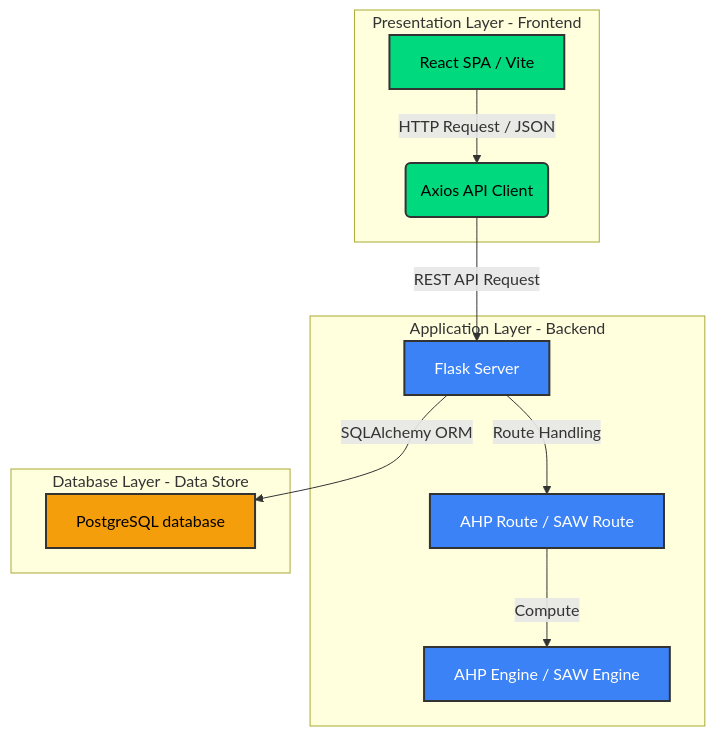
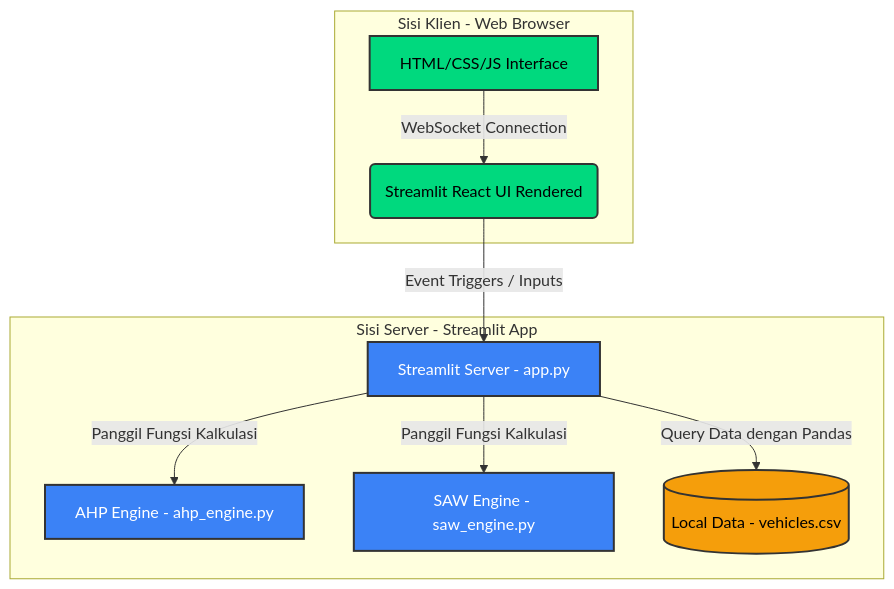
The first of 2 diagrams in BAB_3_Arsitektur_Sistem.md (Bagaspermana0/SPK_EV), drawn with Mermaid before and after one commit. The commit also changed other lines of this file, not shown here.

Commit message:
Update Bab III system implementation documentation to match Streamlit, Plotly, and CSV tech stack

````diff
--- a/BAB_3_Arsitektur_Sistem.md
+++ b/BAB_3_Arsitektur_Sistem.md
@@ -11,23 +11,20 @@
 ```mermaid
 graph TD
-    subgraph Presentation Layer [Presentation Layer - Frontend]
-        A[React SPA / Vite] -->|HTTP Request / JSON| B(Axios API Client)
+    subgraph Client [Sisi Klien - Web Browser]
+        A[HTML/CSS/JS Interface] -->|WebSocket Connection| B(Streamlit React UI Rendered)
     end
 
-    subgraph Application Layer [Application Layer - Backend]
-        B -->|REST API Request| C[Flask Server]
-        C -->|Route Handling| D[AHP Route / SAW Route]
-        D -->|Compute| E[AHP Engine / SAW Engine]
+    subgraph Server [Sisi Server - Streamlit App]
+        B -->|Event Triggers / Inputs| C[Streamlit Server - app.py]
+        C -->|Panggil Fungsi Kalkulasi| D[AHP Engine - ahp_engine.py]
+        C -->|Panggil Fungsi Kalkulasi| E[SAW Engine - saw_engine.py]
+        C -->|Query Data dengan Pandas| F[(Local Data - vehicles.csv)]
     end
 
-    subgraph Database Layer [Database Layer - Data Store]
-        C -->|SQLAlchemy ORM| F[PostgreSQL database]
-    end
-
-    classDef presentation fill:#00D97E,stroke:#333,stroke-width:2px,color:#000;
-    classDef application fill:#3B82F6,stroke:#333,stroke-width:2px,color:#fff;
-    classDef database fill:#F59E0B,stroke:#333,stroke-width:2px,color:#000;
-    class A,B presentation;
-    class C,D,E application;
-    class F database;
+    classDef client fill:#00D97E,stroke:#333,stroke-width:2px,color:#000;
+    classDef server fill:#3B82F6,stroke:#333,stroke-width:2px,color:#fff;
+    classDef data fill:#F59E0B,stroke:#333,stroke-width:2px,color:#000;
+    class A,B client;
+    class C,D,E server;
+    class F data;
 ```
````
